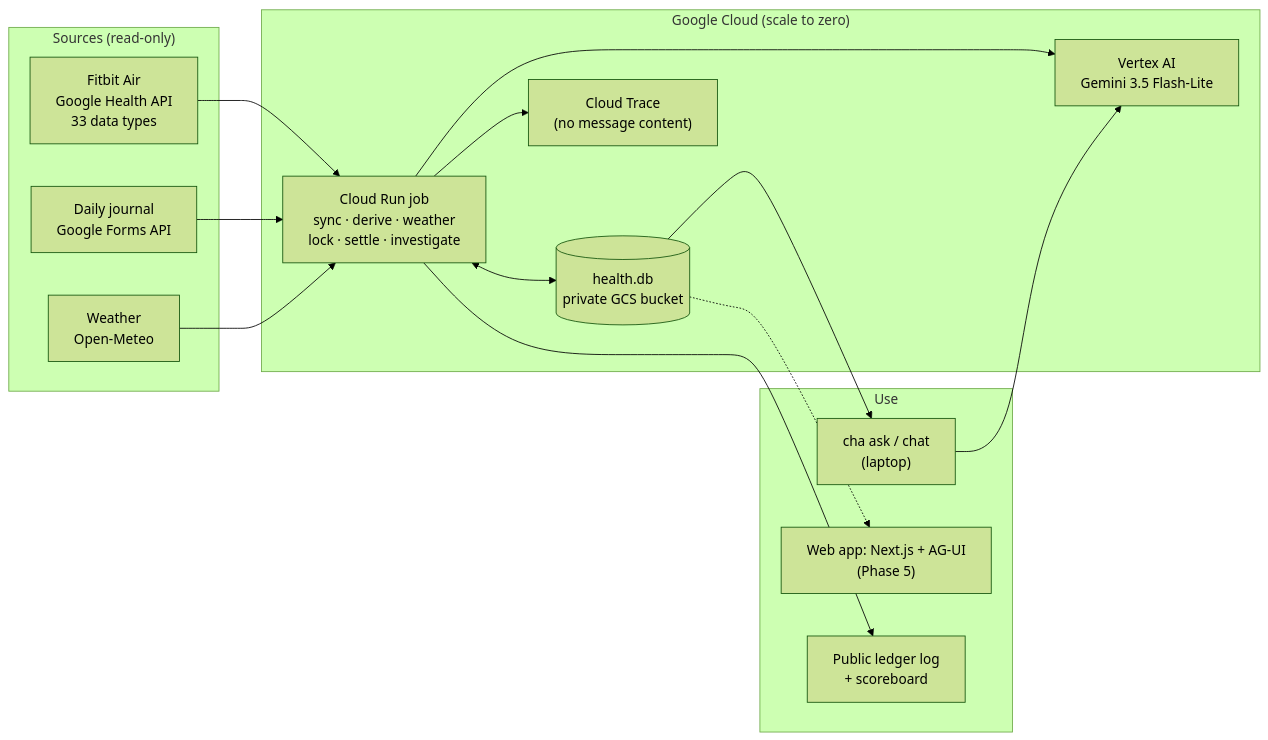
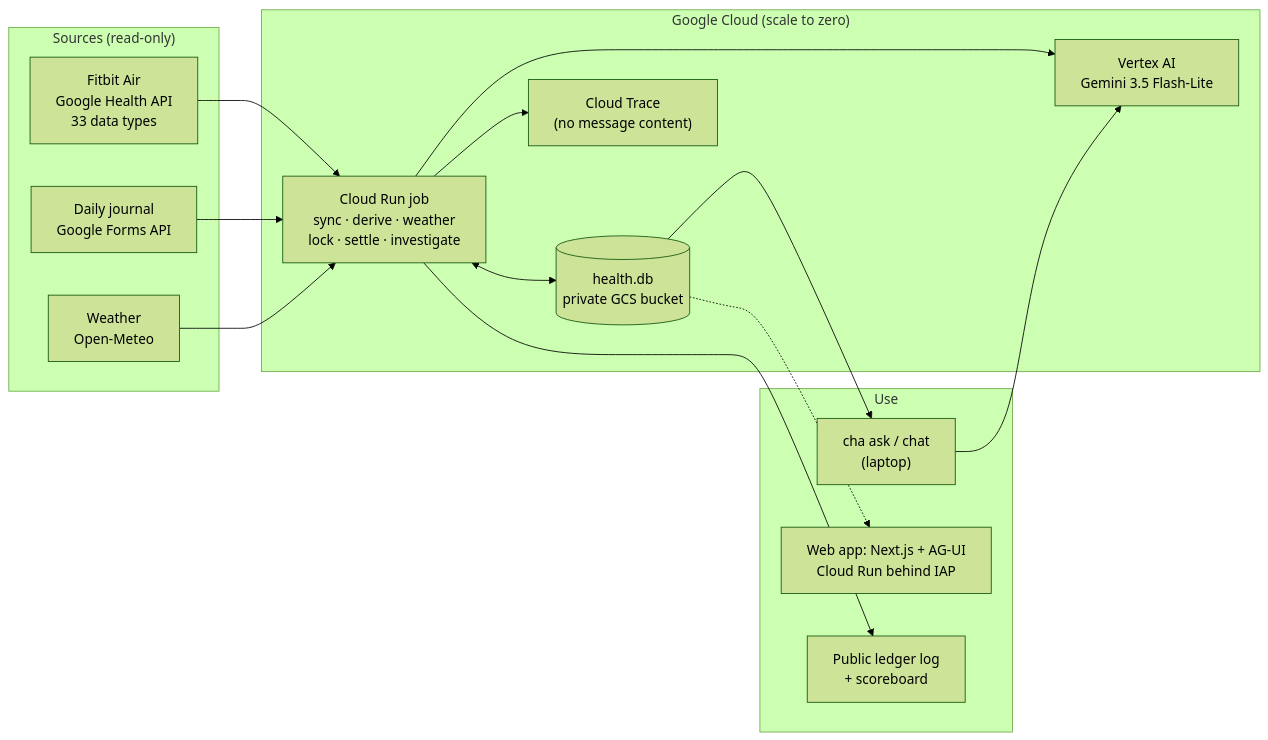
The first of 4 diagrams in README.md (kb2326/calibrated-health-agent), drawn with Mermaid (forest theme) before and after one commit. The commit also changed other lines of this file and 3 other files, not shown here.

Commit message:
docs(web): run guide, security model, deploy runbook; README covers the web app

````diff
--- a/README.md
+++ b/README.md
@@ -80,29 +80,29 @@
 ```mermaid
 flowchart LR
   subgraph sources["Sources (read-only)"]
     watch["Fitbit Air<br/>Google Health API<br/>33 data types"]
     form["Daily journal<br/>Google Forms API"]
     meteo["Weather<br/>Open-Meteo"]
   end
   subgraph cloud["Google Cloud (scale to zero)"]
     job["Cloud Run job<br/>sync · derive · weather<br/>lock · settle · investigate"]
     db[("health.db<br/>private GCS bucket")]
     vertex["Vertex AI<br/>Gemini 3.5 Flash-Lite"]
     trace["Cloud Trace<br/>(no message content)"]
   end
   subgraph use["Use"]
     cli["cha ask / chat<br/>(laptop)"]
-    web["Web app: Next.js + AG-UI<br/>(Phase 5)"]
+    web["Web app: Next.js + AG-UI<br/>Cloud Run behind IAP"]
     pub["Public ledger log<br/>+ scoreboard"]
   end
   watch --> job
   form --> job
   meteo --> job
   job <--> db
   job --> vertex
   job --> trace
   db --> cli
   db -.-> web
   cli --> vertex
   job --> pub
 ```
````
